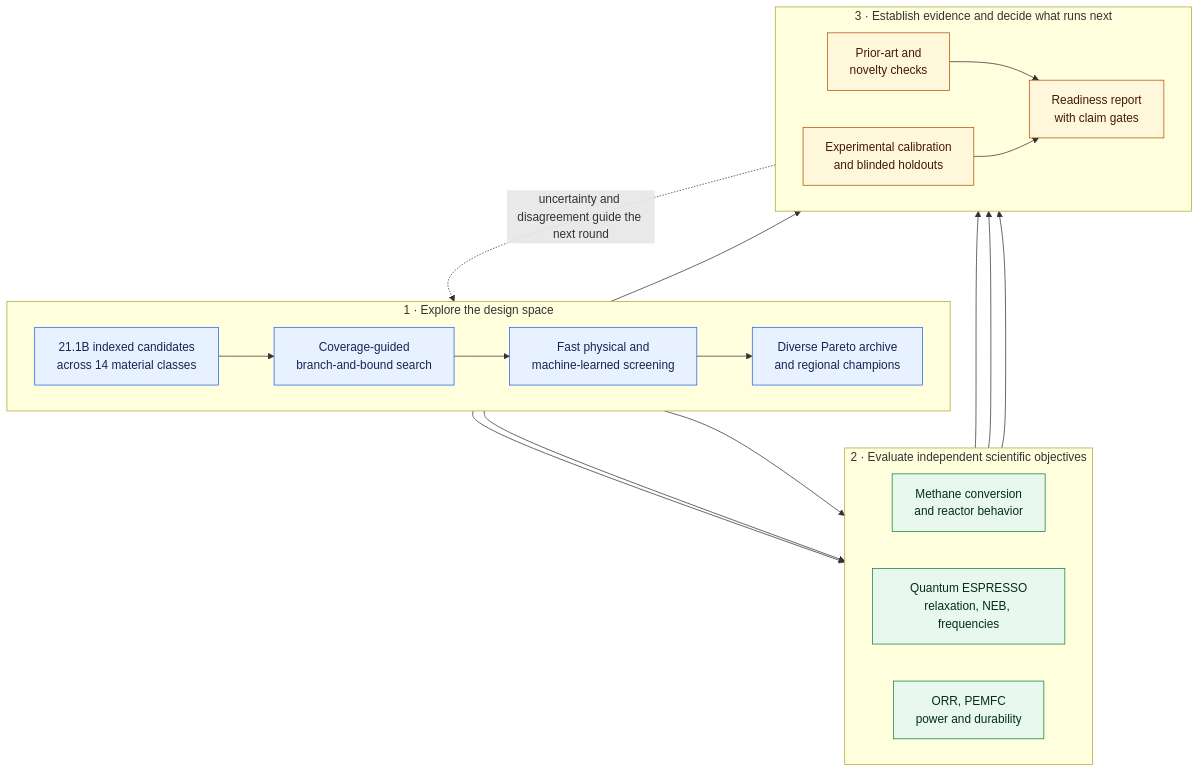
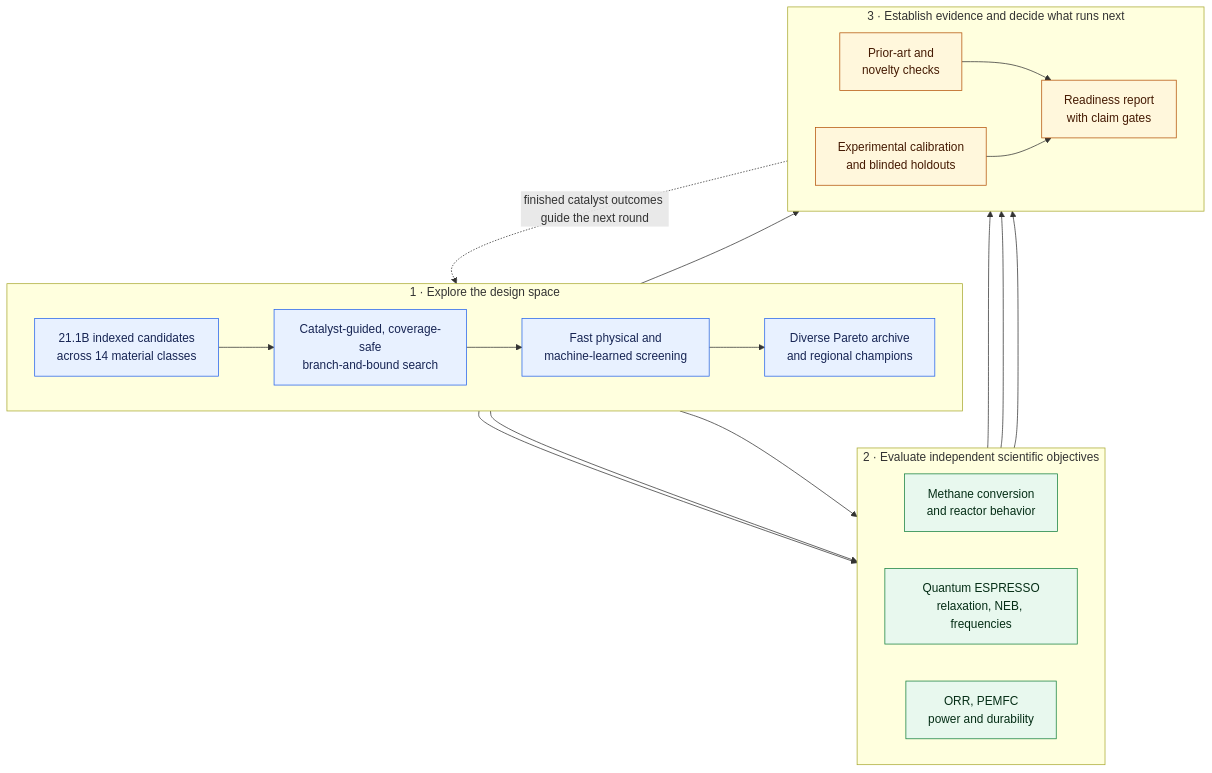
One commit to YungRaj/hydrogen changed the first of 9 diagrams in docs/ARCHITECTURE_DIAGRAMS.md. Above: the diagram before and after it, drawn with Mermaid. The commit also changed other lines of this file and 12 other files, not shown here.

Commit message:
Standardize catalyst-guided branch search

````diff
--- a/docs/ARCHITECTURE_DIAGRAMS.md
+++ b/docs/ARCHITECTURE_DIAGRAMS.md
@@ -14,40 +14,40 @@
 ```mermaid
 flowchart TB
     subgraph EXPLORE["1 · Explore the design space"]
         direction LR
         SPACE["21.1B indexed candidates<br/>across 14 material classes"]
-        SEARCH["Coverage-guided<br/>branch-and-bound search"]
+        SEARCH["Catalyst-guided, coverage-safe<br/>branch-and-bound search"]
         SCREEN["Fast physical and<br/>machine-learned screening"]
         ARCHIVE["Diverse Pareto archive<br/>and regional champions"]
         SPACE --> SEARCH --> SCREEN --> ARCHIVE
     end
 
     subgraph VALIDATE["2 · Evaluate independent scientific objectives"]
         direction LR
         REACTOR["Methane conversion<br/>and reactor behavior"]
         ATOMISTIC["Quantum ESPRESSO<br/>relaxation, NEB, frequencies"]
         POWER["ORR, PEMFC<br/>power and durability"]
     end
 
     subgraph EVIDENCE["3 · Establish evidence and decide what runs next"]
         direction LR
         NOVELTY["Prior-art and<br/>novelty checks"]
         EXPERIMENT["Experimental calibration<br/>and blinded holdouts"]
         REPORT["Readiness report<br/>with claim gates"]
         NOVELTY --> REPORT
         EXPERIMENT --> REPORT
     end
 
     ARCHIVE --> REACTOR --> REPORT
     ARCHIVE --> ATOMISTIC --> REPORT
     ARCHIVE --> POWER --> REPORT
     ARCHIVE --> NOVELTY
-    REPORT -. "uncertainty and disagreement guide the next round" .-> SEARCH
+    REPORT -. "finished catalyst outcomes guide the next round" .-> SEARCH
 
     classDef explore fill:#e8f1ff,stroke:#2563eb,color:#172554
     classDef validate fill:#e8f8ee,stroke:#15803d,color:#052e16
     classDef evidence fill:#fff7dc,stroke:#b45309,color:#451a03
     class SPACE,SEARCH,SCREEN,ARCHIVE explore
     class REACTOR,ATOMISTIC,POWER validate
     class NOVELTY,EXPERIMENT,REPORT evidence
 ```
````
